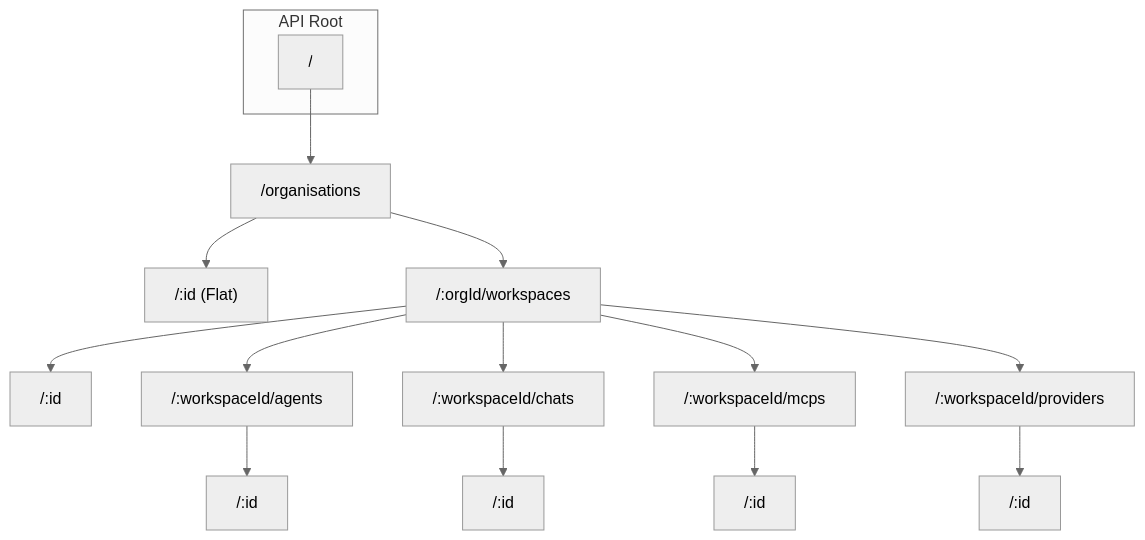
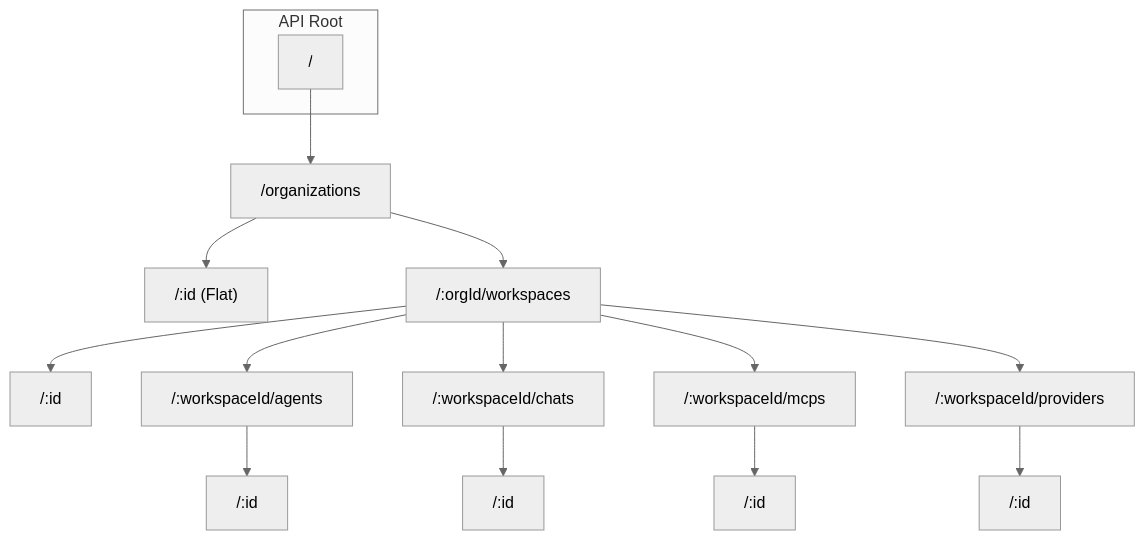
One commit to willdady/platypus changed the diagram in plans/route-restructuring.md. Above: the diagram before and after it, drawn with Mermaid (neutral theme). The commit also changed other lines of this file and 120 other files, not shown here.

````diff
--- a/plans/route-restructuring.md
+++ b/plans/route-restructuring.md
@@ -102,24 +102,24 @@
 ```mermaid
 graph TD
     subgraph "API Root"
         R["/"]
     end
 
-    R --> ORGS["/organisations"]
+    R --> ORGS["/organizations"]
     ORGS --> ORG_ID["/:id (Flat)"]
 
     ORGS --> ORG_WS["/:orgId/workspaces"]
     ORG_WS --> WS_ID["/:id"]
 
     ORG_WS --> WS_AGENTS["/:workspaceId/agents"]
     WS_AGENTS --> AGENT_ID["/:id"]
 
     ORG_WS --> WS_CHATS["/:workspaceId/chats"]
     WS_CHATS --> CHAT_ID["/:id"]
 
     ORG_WS --> WS_MCPS["/:workspaceId/mcps"]
     WS_MCPS --> MCP_ID["/:id"]
 
     ORG_WS --> WS_PROVIDERS["/:workspaceId/providers"]
     WS_PROVIDERS --> PROVIDER_ID["/:id"]
 ```
````
